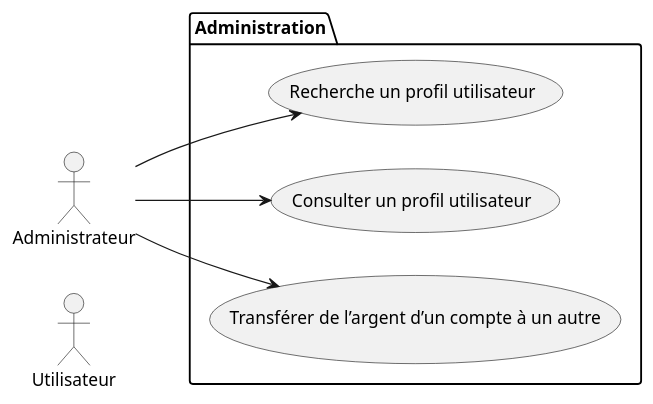
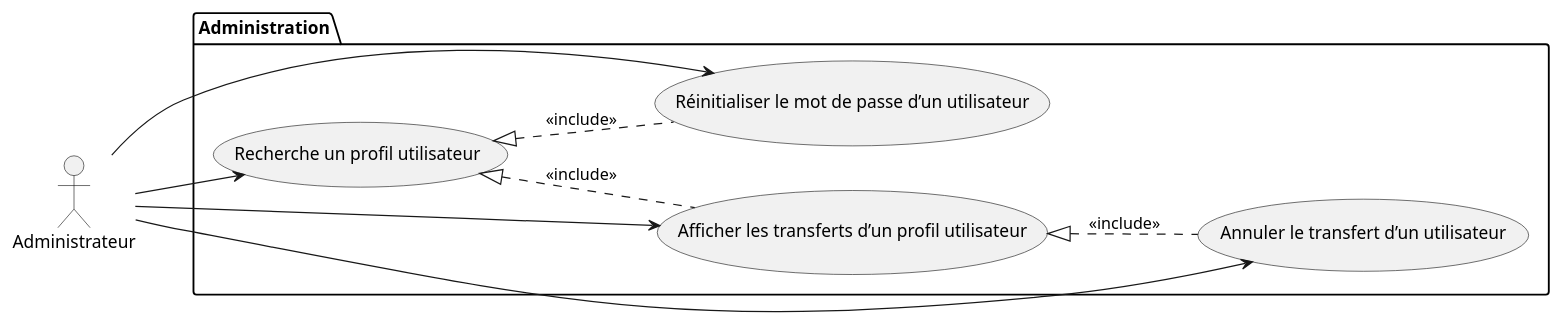
One commit to lmtb06/sharecount changed the diagram in diagrammes/specification/cas-utilisation/package-administration.puml. Above: the diagram before and after it, drawn with PlantUML. The commit also changed 7 other files, not shown here.

```diff
--- a/diagrammes/specification/cas-utilisation/package-administration.puml
+++ b/diagrammes/specification/cas-utilisation/package-administration.puml
@@ -1,20 +1,23 @@
 @startuml Cas utilisation - Administration
 left to right direction
-
-actor "Utilisateur" as User
 
 actor "Administrateur" as Admin
 
 package "Administration"{
     usecase "Recherche un profil utilisateur" as rpu
-    usecase "Consulter un profil utilisateur" as cpu
-    usecase "Transférer de l’argent d’un compte à un autre" as tda
+    usecase "Afficher les transferts d’un profil utilisateur" as atpu
+    usecase "Annuler le transfert d’un utilisateur" as atu
+		usecase "Réinitialiser le mot de passe d’un utilisateur" as rmpu
 }
 
 actor "Administrateur" as Admin
 
 Admin --> rpu
-Admin --> cpu
-Admin --> tda
+Admin --> atpu
+Admin --> atu
+Admin --> rmpu
 
+atpu <|.. atu  : <<include>>
+rpu <|.. atpu  : <<include>>
+rpu <|.. rmpu  : <<include>>
 @enduml
```
